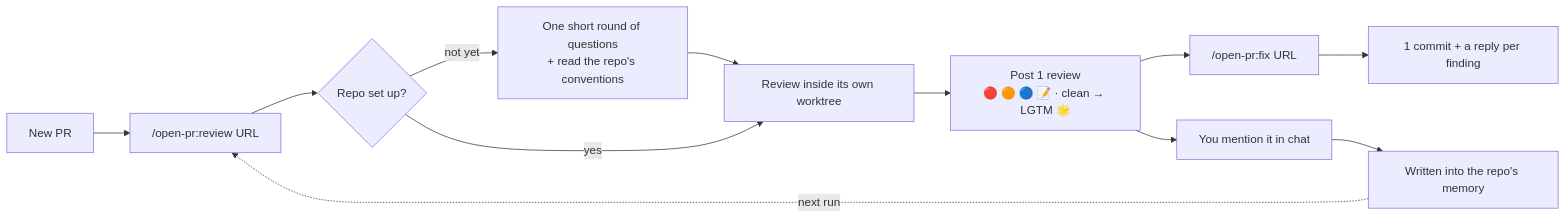
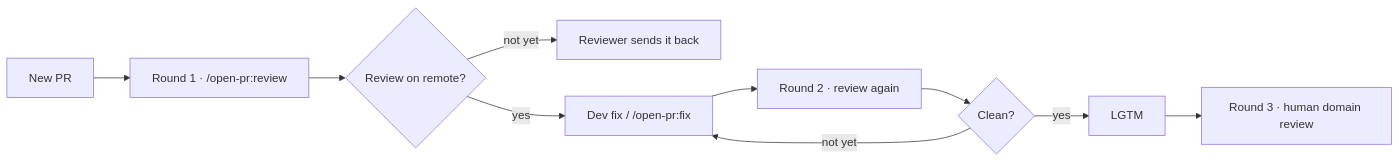
Before and after one commit to TOMOSIA-VIETNAM/open-pr: the diagram in README.md, drawn with Mermaid. The commit also changed other lines of this file and 24 other files, not shown here.

````diff
--- a/README.md
+++ b/README.md
@@ -42,12 +92,12 @@
 ```mermaid
 flowchart LR
-  A[New PR] --> B["/open-pr:review URL"]
-  B --> C{Repo set up?}
-  C -- not yet --> D["One short round of questions<br/>+ read the repo's conventions"]
-  D --> E[Review inside its own worktree]
-  C -- yes --> E
-  E --> F["Post 1 review<br/>🔴 🟠 🔵 📝 · clean → LGTM 🌟"]
-  F --> G["/open-pr:fix URL"] --> H["1 commit + a reply per finding"]
-  F --> I["You mention it in chat"] --> J["Written into the repo's memory"]
-  J -. next run .-> B
+  A[New PR] --> B["Round 1 · /open-pr:review"]
+  B --> C{Review on remote?}
+  C -- not yet --> D[Reviewer sends it back]
+  C -- yes --> E[Dev fix / /open-pr:fix]
+  E --> F["Round 2 · review again"]
+  F --> G{Clean?}
+  G -- yes --> H[LGTM]
+  G -- not yet --> E
+  H --> I[Round 3 · human domain review]
 ```
````
